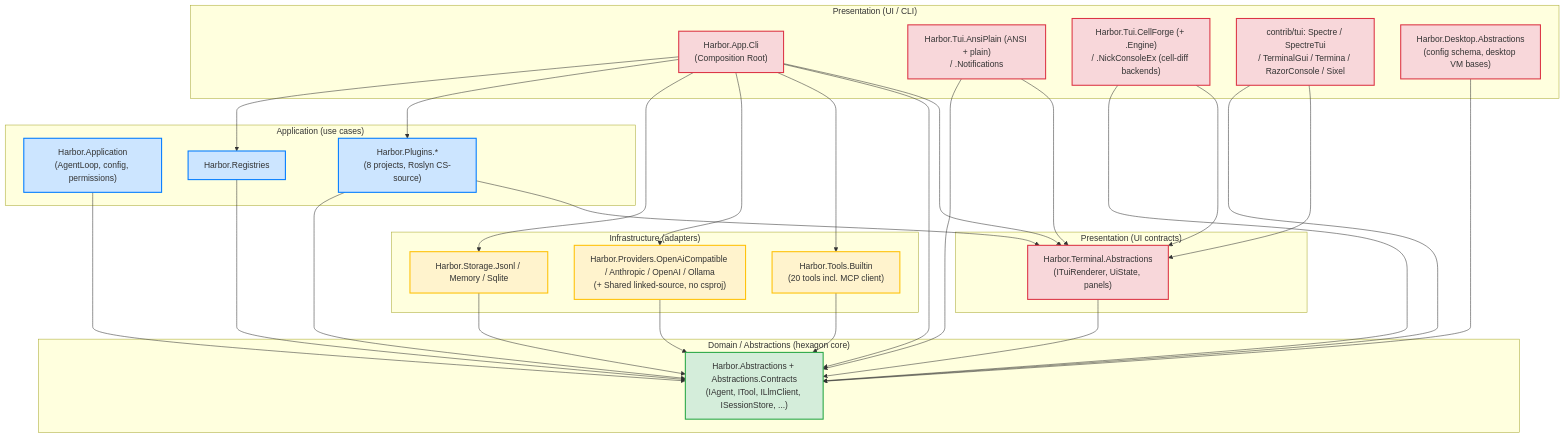
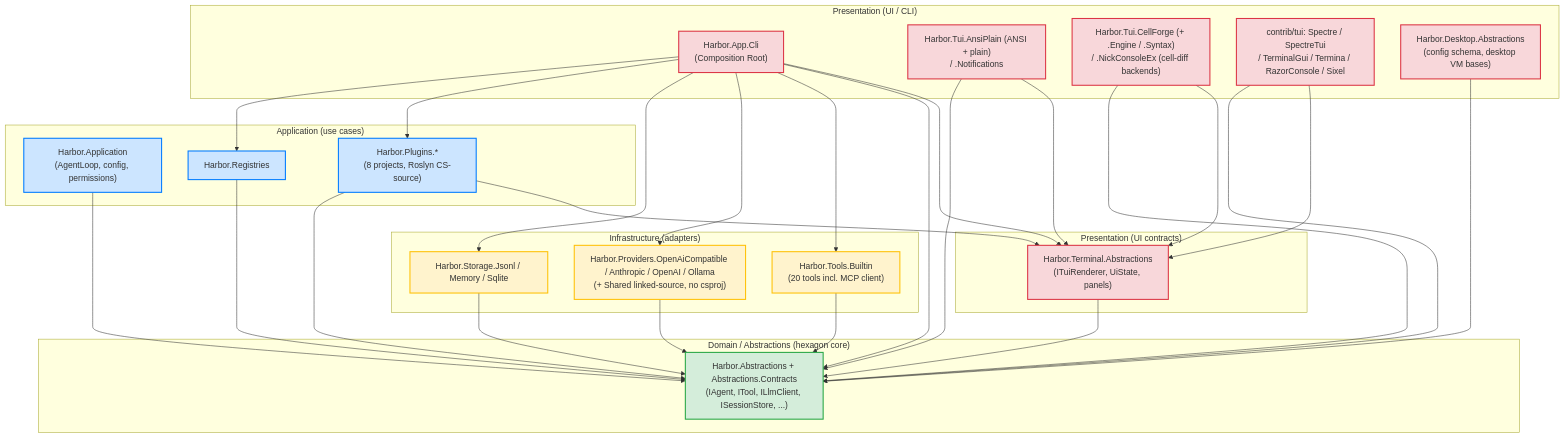
Before and after one commit to refusedguy/Harbor-Harness: the diagram in docs/ARCHITECTURE_LAYERS.md, drawn with Mermaid. The commit also changed other lines of this file and 2 other files, not shown here.

````diff
--- a/docs/ARCHITECTURE_LAYERS.md
+++ b/docs/ARCHITECTURE_LAYERS.md
@@ -287,68 +287,68 @@
 ```mermaid
 flowchart TB
     subgraph Pres["Presentation (UI / CLI)"]
         Cli["Harbor.App.Cli<br/>(Composition Root)"]
         TuiAnsi["Harbor.Tui.AnsiPlain (ANSI + plain)<br/>/ .Notifications"]
-        TuiConsoleEx["Harbor.Tui.CellForge (+ .Engine)<br/>/ .NickConsoleEx (cell-diff backends)"]
+        TuiConsoleEx["Harbor.Tui.CellForge (+ .Engine / .Syntax)<br/>/ .NickConsoleEx (cell-diff backends)"]
         TuiContrib["contrib/tui: Spectre / SpectreTui<br/>/ TerminalGui / Termina / RazorConsole / Sixel"]
         DesktopAbs["Harbor.Desktop.Abstractions<br/>(config schema, desktop VM bases)"]
     end
 
     subgraph App["Application (use cases)"]
         AppLayer["Harbor.Application<br/>(AgentLoop, config, permissions)"]
         Core["Harbor.Registries"]
         Plugins["Harbor.Plugins.*<br/>(8 projects, Roslyn CS-source)"]
     end
 
     subgraph Infra["Infrastructure (adapters)"]
         Storage["Harbor.Storage.Jsonl / Memory / Sqlite"]
         Providers["Harbor.Providers.OpenAiCompatible / Anthropic / OpenAI / Ollama<br/>(+ Shared linked-source, no csproj)"]
         Tools["Harbor.Tools.Builtin<br/>(20 tools incl. MCP client)"]
     end
 
     subgraph Domain["Domain / Abstractions (hexagon core)"]
         Abs["Harbor.Abstractions + Abstractions.Contracts<br/>(IAgent, ITool, ILlmClient, ISessionStore, ...)"]
     end
 
     subgraph UiPres["Presentation (UI contracts)"]
         TuiAbs["Harbor.Terminal.Abstractions<br/>(ITuiRenderer, UiState, panels)"]
     end
 
     Cli --> Core
     Cli --> Plugins
     Cli --> Storage
     Cli --> Providers
     Cli --> Tools
     Cli --> Abs
     Cli --> TuiAbs
 
     DesktopAbs --> Abs
 
     TuiAnsi --> Abs
     TuiAnsi --> TuiAbs
     TuiConsoleEx --> Abs
     TuiConsoleEx --> TuiAbs
     TuiContrib --> Abs
     TuiContrib --> TuiAbs
 
     AppLayer --> Abs
     Core --> Abs
     Plugins --> Abs
     Plugins --> TuiAbs
 
     Storage --> Abs
     Providers --> Abs
     Tools --> Abs
 
     TuiAbs --> Abs
 
     classDef domain fill:#d4edda,stroke:#28a745,stroke-width:2px
     classDef app fill:#cce5ff,stroke:#007bff,stroke-width:2px
     classDef infra fill:#fff3cd,stroke:#ffc107,stroke-width:2px
     classDef pres fill:#f8d7da,stroke:#dc3545,stroke-width:2px
 
     class Abs domain
     class AppLayer,Core,Plugins app
     class Storage,Providers,Tools infra
     class Cli,TuiAnsi,TuiConsoleEx,TuiContrib,DesktopAbs,TuiAbs pres
 ```
````
